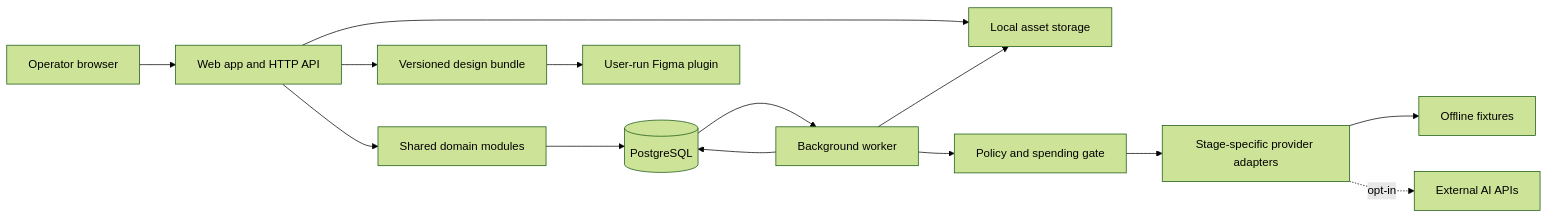
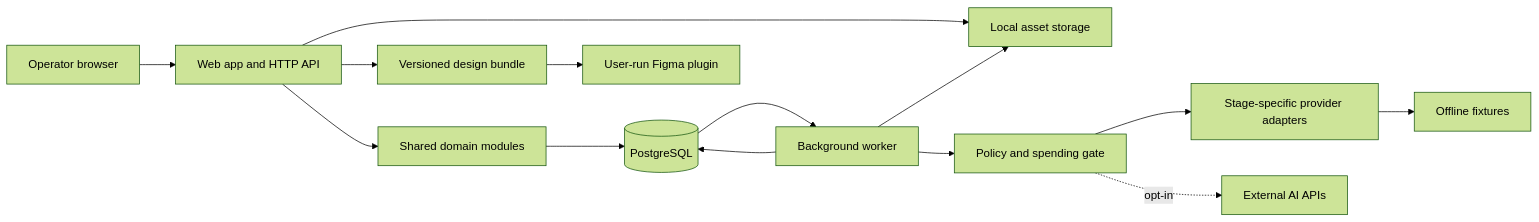
Before and after one commit to m3rts/Dynamic_Content_Engine: the diagram in docs/ARCHITECTURE.md, drawn with Mermaid (forest theme). The commit also changed 8 other files, not shown here.

````diff
--- a/docs/ARCHITECTURE.md
+++ b/docs/ARCHITECTURE.md
@@ -25,16 +25,16 @@
 ```mermaid
 flowchart LR
   Browser[Operator browser] --> Web[Web app and HTTP API]
   Web --> Domain[Shared domain modules]
   Domain --> DB[(PostgreSQL)]
   Web --> Files[Local asset storage]
   DB --> Worker[Background worker]
   Worker --> DB
   Worker --> Files
   Worker --> Egress[Policy and spending gate]
   Egress --> Adapter[Stage-specific provider adapters]
   Adapter --> Fixture[Offline fixtures]
-  Adapter -. opt-in .-> APIs[External AI APIs]
+  Egress -. opt-in .-> APIs[External AI APIs]
   Web --> Bundle[Versioned design bundle]
   Bundle --> Plugin[User-run Figma plugin]
 ```
````
